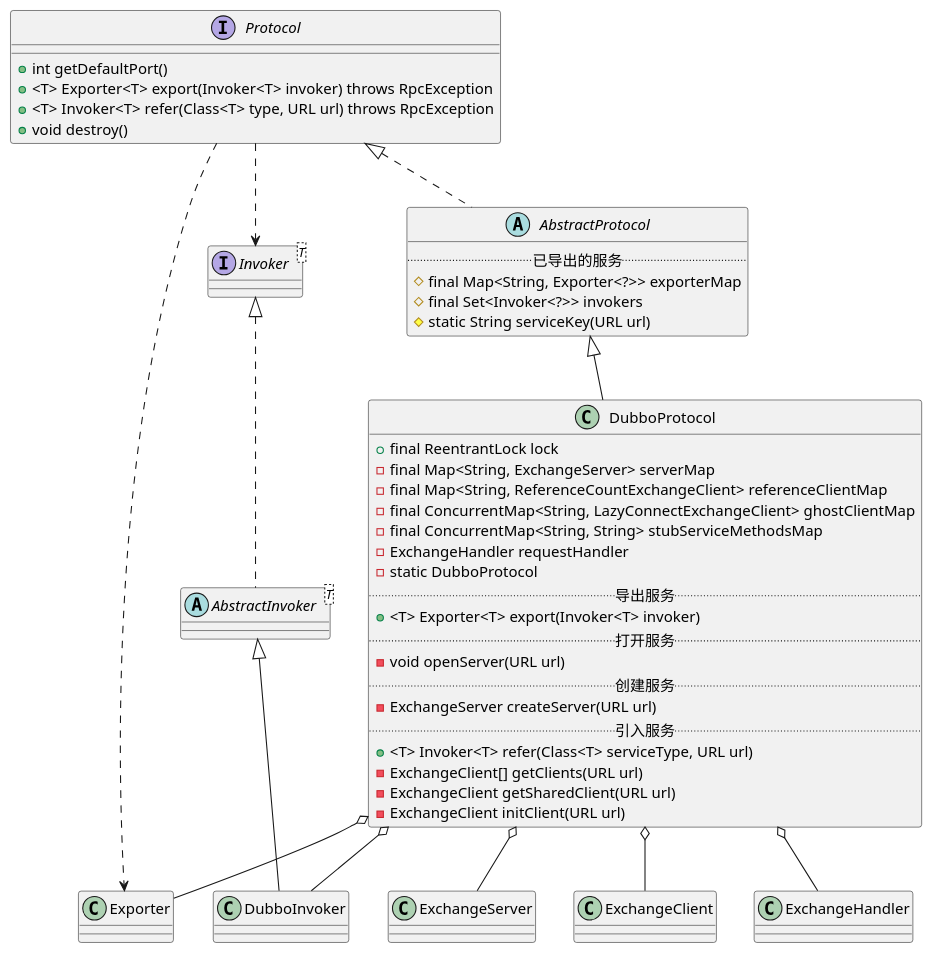
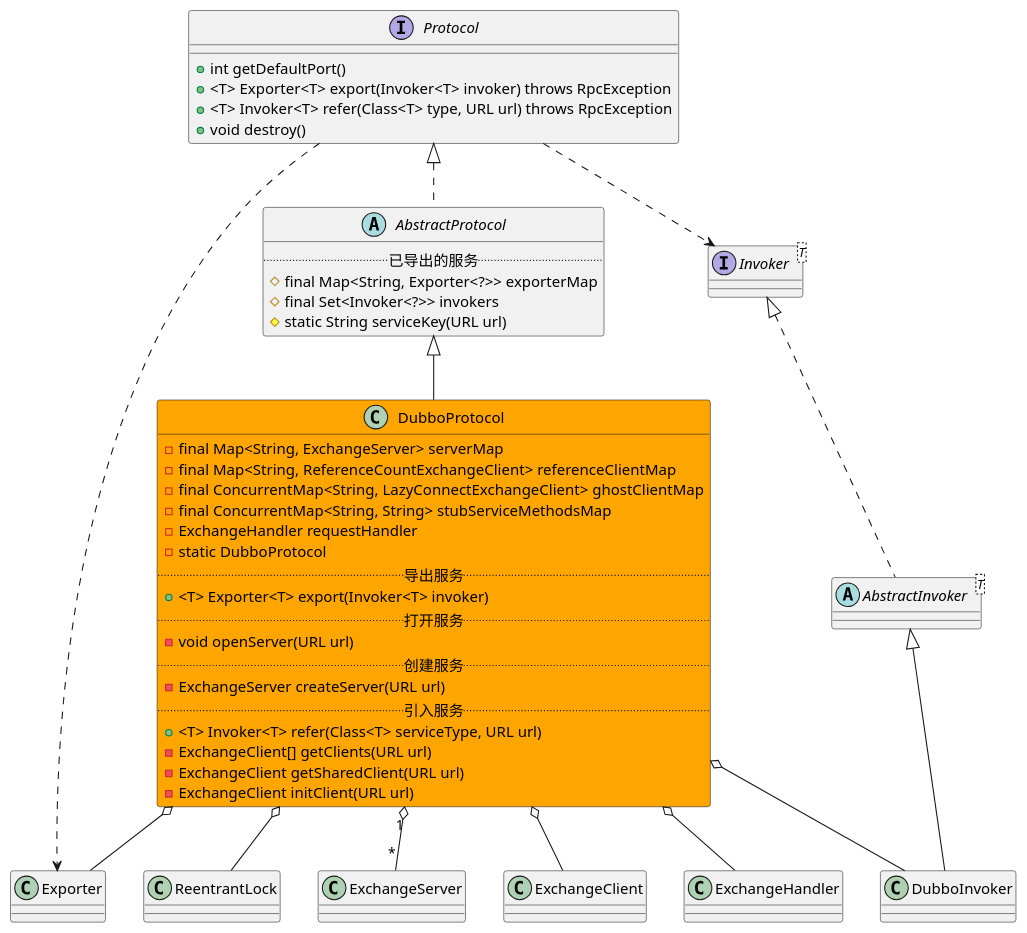
One commit to onlyonion/development changed the diagram in 30-distributed/src/dubbo/rpc/protocol/dubbo/DubboProtocol.md. Above: the diagram before and after it, drawn with PlantUML. The commit also changed 37 other files, not shown here.

````diff
--- a/30-distributed/src/dubbo/rpc/protocol/dubbo/DubboProtocol.md
+++ b/30-distributed/src/dubbo/rpc/protocol/dubbo/DubboProtocol.md
@@ -20,57 +20,57 @@
 ```plantuml
 @startuml
 
 interface Protocol {
     + int getDefaultPort()
     + <T> Exporter<T> export(Invoker<T> invoker) throws RpcException
     + <T> Invoker<T> refer(Class<T> type, URL url) throws RpcException
     + void destroy()
 }
 Protocol ^.. AbstractProtocol
 Protocol ..> Exporter
 Protocol ..> Invoker
 
 abstract class AbstractProtocol {
     .. 已导出的服务 ..
     # final Map<String, Exporter<?>> exporterMap
     # final Set<Invoker<?>> invokers
     # static String serviceKey(URL url)
 }
 
 AbstractProtocol ^-- DubboProtocol
-class DubboProtocol {
-    + final ReentrantLock lock
+class DubboProtocol #orange {
     - final Map<String, ExchangeServer> serverMap
     - final Map<String, ReferenceCountExchangeClient> referenceClientMap
     - final ConcurrentMap<String, LazyConnectExchangeClient> ghostClientMap
     - final ConcurrentMap<String, String> stubServiceMethodsMap
     - ExchangeHandler requestHandler
     - static DubboProtocol
     .. 导出服务 ..
     + <T> Exporter<T> export(Invoker<T> invoker)
     .. 打开服务 ..
     - void openServer(URL url)
     .. 创建服务 ..
     - ExchangeServer createServer(URL url)
     .. 引入服务 ..
     + <T> Invoker<T> refer(Class<T> serviceType, URL url) 
     - ExchangeClient[] getClients(URL url)
     - ExchangeClient getSharedClient(URL url)
     - ExchangeClient initClient(URL url)
 }
 
+DubboProtocol o-- ReentrantLock
 DubboProtocol o-- DubboInvoker
-DubboProtocol o-- ExchangeServer
+DubboProtocol "1" o-- "*" ExchangeServer
 DubboProtocol o-- Exporter
 DubboProtocol o-- ExchangeClient
 DubboProtocol o-- ExchangeHandler
 
 interface Invoker<T>
 Invoker ^.. AbstractInvoker
 abstract class AbstractInvoker<T>
 AbstractInvoker ^-- DubboInvoker
 class DubboInvoker
 
 @enduml
 
 ```
````
